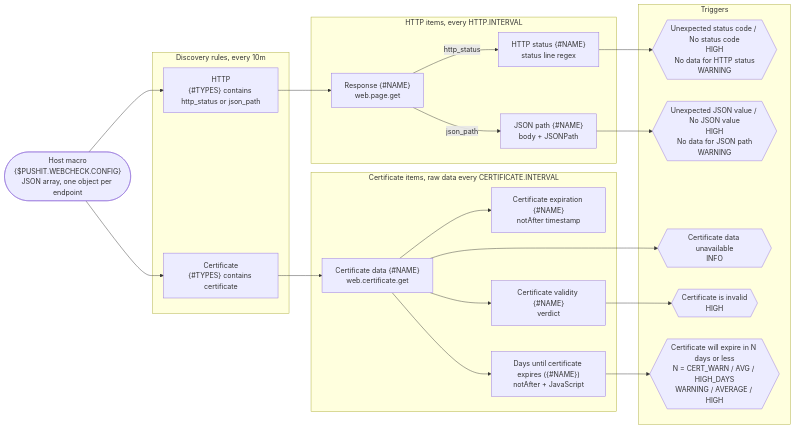
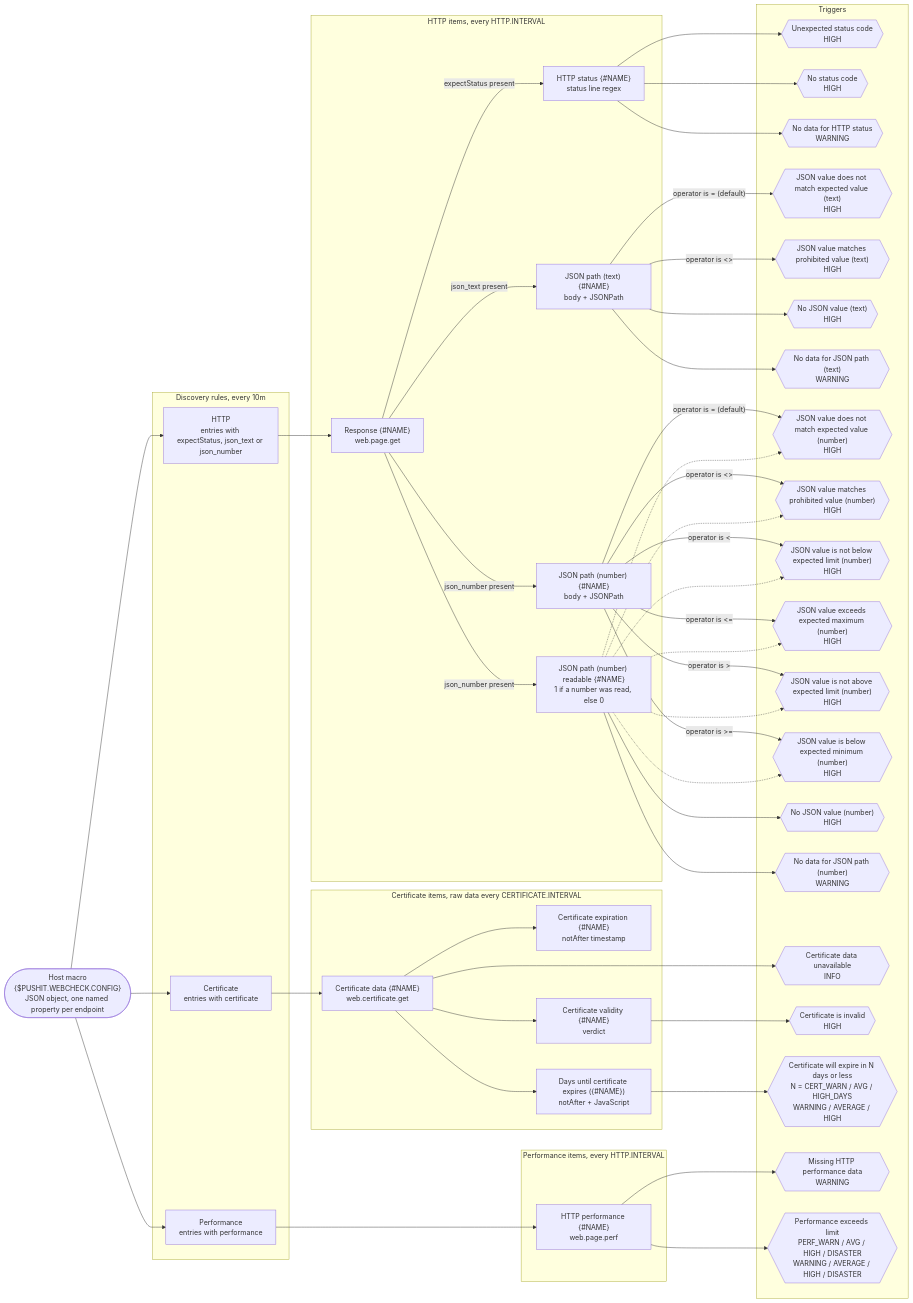
The diagram in README.md (we-push-it/zabbix-web-check), drawn with Mermaid before and after one commit. The commit also changed other lines of this file and 7 other files, not shown here.

````diff
--- a/README.md
+++ b/README.md
@@ -54,42 +60,77 @@
 ```mermaid
 flowchart LR
-    CFG(["Host macro<br/>{$PUSHIT.WEBCHECK.CONFIG}<br/>JSON array, one object per endpoint"])
+    CFG(["Host macro<br/>{$PUSHIT.WEBCHECK.CONFIG}<br/>JSON object, one named property per endpoint"])
 
-    subgraph LLD ["Discovery rules, every 10m"]
-        DH["HTTP<br/>{#TYPES} contains http_status or json_path"]
-        DC["Certificate<br/>{#TYPES} contains certificate"]
+    subgraph DISCOVERY ["Discovery rules, every 10m"]
+        DRULE_HTTP["HTTP<br/>entries with expectStatus, json_text or json_number"]
+        DRULE_CERT["Certificate<br/>entries with certificate"]
+        DRULE_PERF["Performance<br/>entries with performance"]
     end
 
-    subgraph HI ["HTTP items, every HTTP.INTERVAL"]
-        RAW["Response {#NAME}<br/>web.page.get"]
-        ST["HTTP status {#NAME}<br/>status line regex"]
-        JP["JSON path {#NAME}<br/>body + JSONPath"]
+    subgraph HTTP ["HTTP items, every HTTP.INTERVAL"]
+        ITM_HTTP_RAW["Response {#NAME}<br/>web.page.get"]
+        ITM_HTTP_STATUS["HTTP status {#NAME}<br/>status line regex"]
+        ITM_JSON_TXT["JSON path (text) {#NAME}<br/>body + JSONPath"]
+        ITM_JSON_NUM["JSON path (number) {#NAME}<br/>body + JSONPath"]
+        ITM_JSON_READ["JSON path (number) readable {#NAME}<br/>1 if a number was read, else 0"]
     end
 
-    subgraph CI ["Certificate items, raw data every CERTIFICATE.INTERVAL"]
-        CRAW["Certificate data {#NAME}<br/>web.certificate.get"]
-        NA["Certificate expiration {#NAME}<br/>notAfter timestamp"]
-        VAL["Certificate validity {#NAME}<br/>verdict"]
-        DAYS["Days until certificate expires ({#NAME})<br/>notAfter + JavaScript"]
+    subgraph PERFORMANCE ["Performance items, every HTTP.INTERVAL"]
+        ITM_PERF["HTTP performance {#NAME}<br/>web.page.perf"]
+    end
+
+    subgraph CERTIFICATE ["Certificate items, raw data every CERTIFICATE.INTERVAL"]
+        ITM_CERT_RAW["Certificate data {#NAME}<br/>web.certificate.get"]
+        ITM_CERT_NOT_AFTER["Certificate expiration {#NAME}<br/>notAfter timestamp"]
+        ITM_CERT_VALIDITY["Certificate validity {#NAME}<br/>verdict"]
+        ITM_CERT_DAYS_REMAIN["Days until certificate expires ({#NAME})<br/>notAfter + JavaScript"]
     end
 
     subgraph TRG ["Triggers"]
-        T1{{"Unexpected status code / No status code<br/>HIGH<br/>No data for HTTP status<br/>WARNING"}}
-        T2{{"Unexpected JSON value / No JSON value<br/>HIGH<br/>No data for JSON path<br/>WARNING"}}
-        T3{{"Certificate data unavailable<br/>INFO"}}
-        T4{{"Certificate is invalid<br/>HIGH"}}
-        T5{{"Certificate will expire in N days or less<br/>N = CERT_WARN / AVG / HIGH_DAYS<br/>WARNING / AVERAGE / HIGH"}}
+        TRG_STATUS_NOT_MATCH{{"Unexpected status code<br/>HIGH"}}
+        TRG_STATUS_ABSENT{{"No status code<br/>HIGH"}}
+        TRG_STATUS_NODATA{{"No data for HTTP status<br/>WARNING"}}
+        TRG_TXT_NOT_MATCH{{"JSON value does not match expected value (text)<br/>HIGH"}}
+        TRG_TXT_MATCH{{"JSON value matches prohibited value (text)<br/>HIGH"}}
+        TRG_TXT_ABSENT{{"No JSON value (text)<br/>HIGH"}}
+        TRG_TXT_NODATA{{"No data for JSON path (text)<br/>WARNING"}}
+        TRG_NUM_NOT_MATCH{{"JSON value does not match expected value (number)<br/>HIGH"}}
+        TRG_NUM_MATCH{{"JSON value matches prohibited value (number)<br/>HIGH"}}
+        TRG_NUM_LESS_THAN{{"JSON value is not below expected limit (number)<br/>HIGH"}}
+        TRG_NUM_LESS_OR_EQUAL{{"JSON value exceeds expected maximum (number)<br/>HIGH"}}
+        TRG_NUM_GREATER_THAN{{"JSON value is not above expected limit (number)<br/>HIGH"}}
+        TRG_NUM_GREATER_OR_EQUAL{{"JSON value is below expected minimum (number)<br/>HIGH"}}
+        TRG_NUM_ABSENT{{"No JSON value (number)<br/>HIGH"}}
+        TRG_NUM_NODATA{{"No data for JSON path (number)<br/>WARNING"}}
+        TRG_CERT_ABSENT{{"Certificate data unavailable<br/>INFO"}}
+        TRG_CERT_INVALID{{"Certificate is invalid<br/>HIGH"}}
+        TRG_CERT_EXPIRY{{"Certificate will expire in N days or less<br/>N = CERT_WARN / AVG / HIGH_DAYS<br/>WARNING / AVERAGE / HIGH"}}
+        TRG_PERF_ABSENT{{"Missing HTTP performance data<br/>WARNING"}}
+        TRG_PERF_LIMIT{{"Performance exceeds limit<br/>PERF_WARN / AVG / HIGH / DISASTER<br/>WARNING / AVERAGE / HIGH / DISASTER"}}
     end
 
-    CFG --> DH & DC
-    DH --> RAW
-    RAW -->|http_status| ST
-    RAW -->|json_path| JP
-    DC --> CRAW
-    CRAW --> NA & VAL & DAYS
-    ST --> T1
-    JP --> T2
-    CRAW --> T3
-    VAL --> T4
-    DAYS --> T5
+    CFG --> DRULE_HTTP & DRULE_CERT & DRULE_PERF
+    DRULE_HTTP --> ITM_HTTP_RAW
+    ITM_HTTP_RAW -->|expectStatus present| ITM_HTTP_STATUS
+    ITM_HTTP_RAW -->|json_text present| ITM_JSON_TXT
+    ITM_HTTP_RAW -->|json_number present| ITM_JSON_NUM & ITM_JSON_READ
+    DRULE_CERT --> ITM_CERT_RAW
+    ITM_CERT_RAW --> ITM_CERT_NOT_AFTER & ITM_CERT_VALIDITY & ITM_CERT_DAYS_REMAIN
+    ITM_HTTP_STATUS --> TRG_STATUS_NOT_MATCH & TRG_STATUS_ABSENT & TRG_STATUS_NODATA
+    ITM_JSON_TXT -->|"operator is = (default)"| TRG_TXT_NOT_MATCH
+    ITM_JSON_TXT -->|"operator is <>"| TRG_TXT_MATCH
+    ITM_JSON_TXT --> TRG_TXT_ABSENT & TRG_TXT_NODATA
+    ITM_CERT_RAW --> TRG_CERT_ABSENT
+    ITM_CERT_VALIDITY --> TRG_CERT_INVALID
+    ITM_CERT_DAYS_REMAIN --> TRG_CERT_EXPIRY
+    ITM_JSON_NUM -->|"operator is = (default)"| TRG_NUM_NOT_MATCH
+    ITM_JSON_NUM -->|"operator is <>"| TRG_NUM_MATCH
+    ITM_JSON_NUM -->|"operator is <"| TRG_NUM_LESS_THAN
+    ITM_JSON_NUM -->|"operator is <="| TRG_NUM_LESS_OR_EQUAL
+    ITM_JSON_NUM -->|"operator is >"| TRG_NUM_GREATER_THAN
+    ITM_JSON_NUM -->|"operator is >="| TRG_NUM_GREATER_OR_EQUAL
+    ITM_JSON_READ -.-> TRG_NUM_NOT_MATCH & TRG_NUM_MATCH & TRG_NUM_LESS_THAN & TRG_NUM_LESS_OR_EQUAL & TRG_NUM_GREATER_THAN & TRG_NUM_GREATER_OR_EQUAL
+    ITM_JSON_READ --> TRG_NUM_ABSENT & TRG_NUM_NODATA
+    DRULE_PERF --> ITM_PERF
+    ITM_PERF --> TRG_PERF_ABSENT & TRG_PERF_LIMIT
 ```
````
